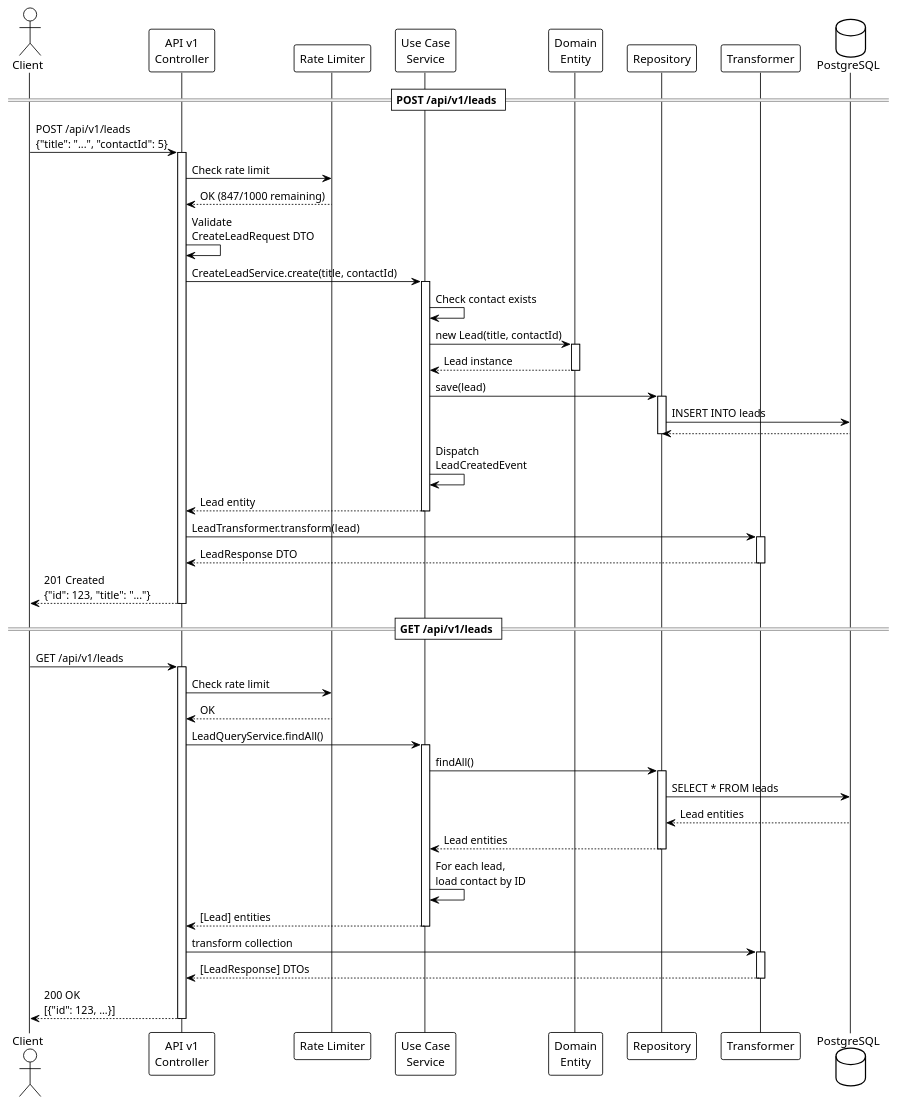
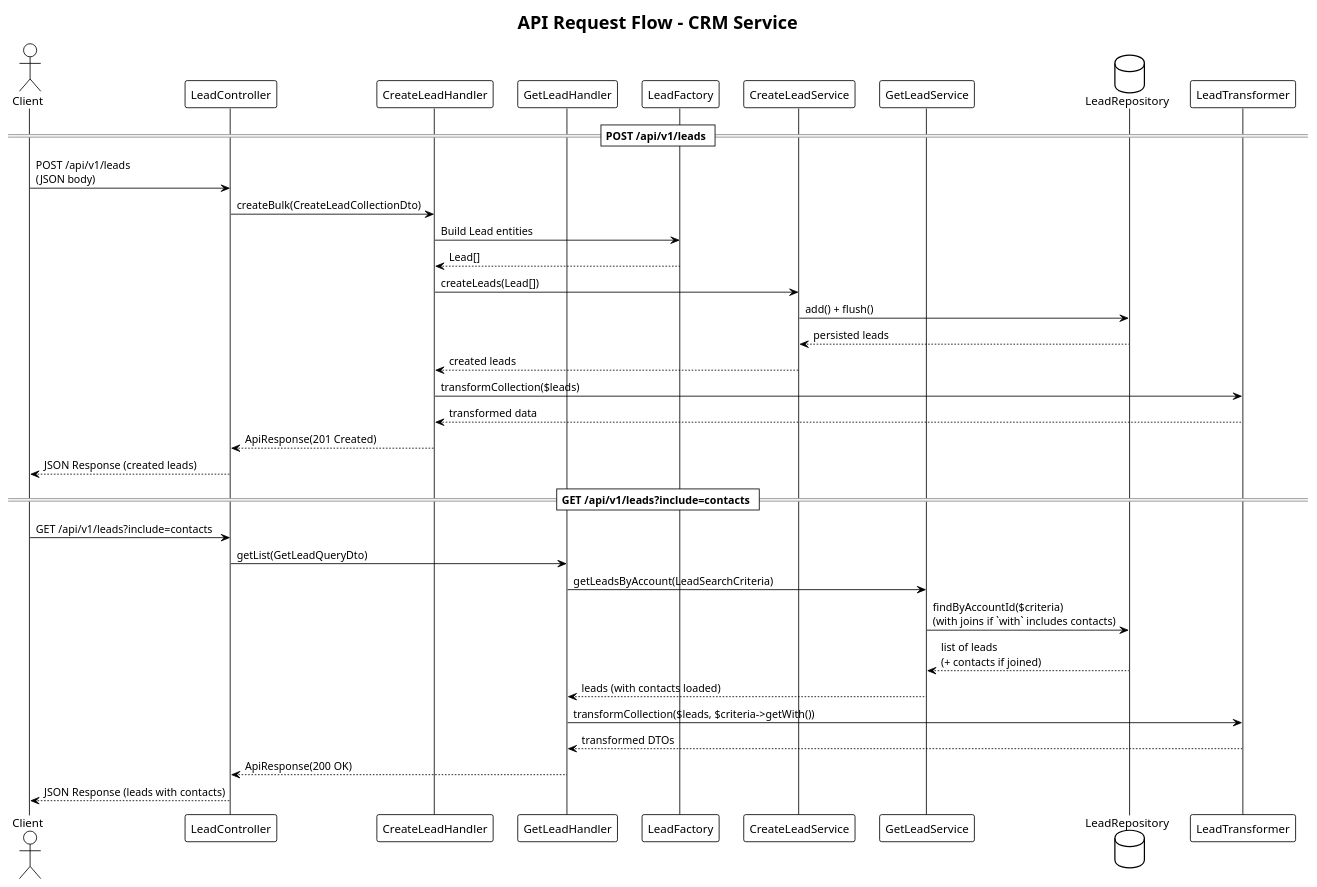
One commit to msa-sandbox/crm changed the diagram in docs/diagrams/4-api-request-flow.puml. Above: the diagram before and after it, drawn with PlantUML. The commit also changed 5 other files, not shown here.

```diff
--- a/docs/diagrams/4-api-request-flow.puml
+++ b/docs/diagrams/4-api-request-flow.puml
@@ -1,78 +1,44 @@
-@startuml API Request Flow
+@startuml
+title API Request Flow - CRM Service
+!pragma layout smetana
 !theme plain
 
 actor Client
-participant "API v1\nController" as Controller
-participant "Rate Limiter" as RateLimit
-participant "Use Case\nService" as Service
-participant "Domain\nEntity" as Entity
-participant "Repository" as Repo
-participant "Transformer" as Trans
-database "PostgreSQL" as DB
+participant "LeadController" as Controller
+participant "CreateLeadHandler" as CreateHandler
+participant "GetLeadHandler" as GetHandler
+participant "LeadFactory" as Factory
+participant "CreateLeadService" as CreateService
+participant "GetLeadService" as GetService
+database "LeadRepository" as LeadRepo
+participant "LeadTransformer" as Transformer
 
 == POST /api/v1/leads ==
-Client -> Controller: POST /api/v1/leads\n{"title": "...", "contactId": 5}
-activate Controller
 
-Controller -> RateLimit: Check rate limit
-RateLimit --> Controller: OK (847/1000 remaining)
+Client -> Controller : POST /api/v1/leads\n(JSON body)
+Controller -> CreateHandler : createBulk(CreateLeadCollectionDto)
+CreateHandler -> Factory : Build Lead entities
+Factory --> CreateHandler : Lead[]
+CreateHandler -> CreateService : createLeads(Lead[])
+CreateService -> LeadRepo : add() + flush()
+LeadRepo --> CreateService : persisted leads
+CreateService --> CreateHandler : created leads
+CreateHandler -> Transformer : transformCollection($leads)
+Transformer --> CreateHandler : transformed data
+CreateHandler --> Controller : ApiResponse(201 Created)
+Controller --> Client : JSON Response (created leads)
 
-Controller -> Controller: Validate\nCreateLeadRequest DTO
+== GET /api/v1/leads?include=contacts ==
 
-Controller -> Service: CreateLeadService.create(title, contactId)
-activate Service
-
-Service -> Service: Check contact exists
-Service -> Entity: new Lead(title, contactId)
-activate Entity
-Entity --> Service: Lead instance
-deactivate Entity
-
-Service -> Repo: save(lead)
-activate Repo
-Repo -> DB: INSERT INTO leads
-DB --> Repo:
-deactivate Repo
-
-Service -> Service: Dispatch\nLeadCreatedEvent
-Service --> Controller: Lead entity
-deactivate Service
-
-Controller -> Trans: LeadTransformer.transform(lead)
-activate Trans
-Trans --> Controller: LeadResponse DTO
-deactivate Trans
-
-Controller --> Client: 201 Created\n{"id": 123, "title": "..."}
-deactivate Controller
-
-== GET /api/v1/leads ==
-Client -> Controller: GET /api/v1/leads
-activate Controller
-
-Controller -> RateLimit: Check rate limit
-RateLimit --> Controller: OK
-
-Controller -> Service: LeadQueryService.findAll()
-activate Service
-
-Service -> Repo: findAll()
-activate Repo
-Repo -> DB: SELECT * FROM leads
-DB --> Repo: Lead entities
-Repo --> Service: Lead entities
-deactivate Repo
-
-Service -> Service: For each lead,\nload contact by ID
-Service --> Controller: [Lead] entities
-deactivate Service
-
-Controller -> Trans: transform collection
-activate Trans
-Trans --> Controller: [LeadResponse] DTOs
-deactivate Trans
-
-Controller --> Client: 200 OK\n[{"id": 123, ...}]
-deactivate Controller
+Client -> Controller : GET /api/v1/leads?include=contacts
+Controller -> GetHandler : getList(GetLeadQueryDto)
+GetHandler -> GetService : getLeadsByAccount(LeadSearchCriteria)
+GetService -> LeadRepo : findByAccountId($criteria)\n(with joins if `with` includes contacts)
+LeadRepo --> GetService : list of leads\n(+ contacts if joined)
+GetService --> GetHandler : leads (with contacts loaded)
+GetHandler -> Transformer : transformCollection($leads, $criteria->getWith())
+Transformer --> GetHandler : transformed DTOs
+GetHandler --> Controller : ApiResponse(200 OK)
+Controller --> Client : JSON Response (leads with contacts)
 
 @enduml
```
